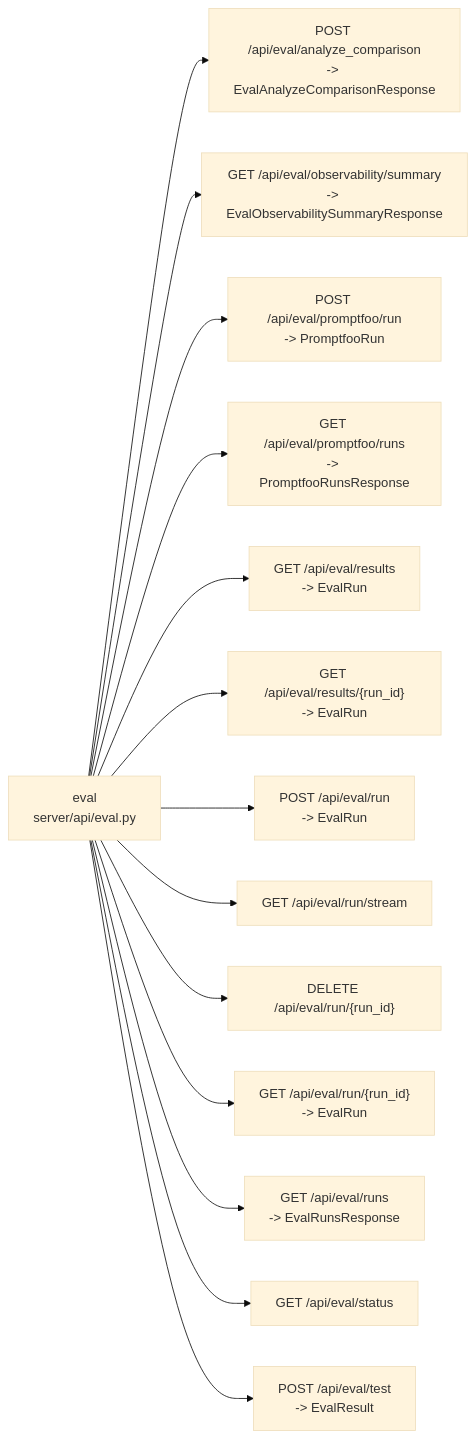
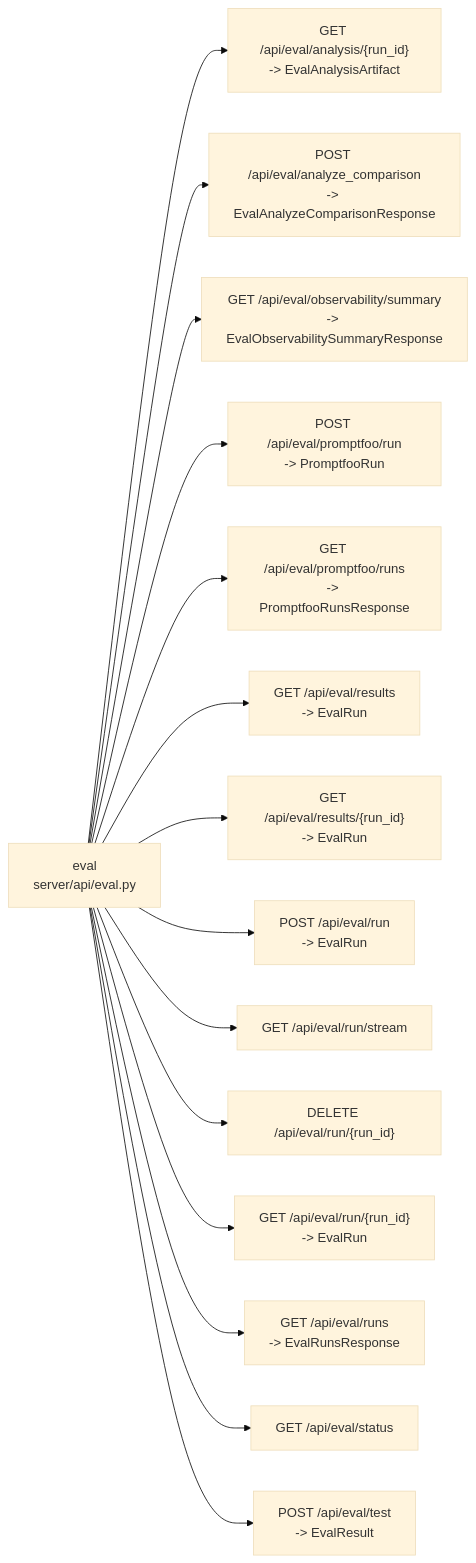
Before and after one commit to DMontgomery40/ragweld: diagram 11 of 25 in mkdocs/docs/reference/architecture/api-surface.md, drawn with Mermaid (base theme). The commit also changed other lines of this file and 13 other files, not shown here.

````diff
--- a/mkdocs/docs/reference/architecture/api-surface.md
+++ b/mkdocs/docs/reference/architecture/api-surface.md
@@ -325,30 +325,32 @@
 ```mermaid
 flowchart LR
     n_eval["eval\nserver/api/eval.py"]
-    n_eval_0["POST /api/eval/analyze_comparison\n-> EvalAnalyzeComparisonResponse"]
+    n_eval_0["GET /api/eval/analysis/{run_id}\n-> EvalAnalysisArtifact"]
     n_eval --> n_eval_0
-    n_eval_1["GET /api/eval/observability/summary\n-> EvalObservabilitySummaryResponse"]
+    n_eval_1["POST /api/eval/analyze_comparison\n-> EvalAnalyzeComparisonResponse"]
     n_eval --> n_eval_1
-    n_eval_2["POST /api/eval/promptfoo/run\n-> PromptfooRun"]
+    n_eval_2["GET /api/eval/observability/summary\n-> EvalObservabilitySummaryResponse"]
     n_eval --> n_eval_2
-    n_eval_3["GET /api/eval/promptfoo/runs\n-> PromptfooRunsResponse"]
+    n_eval_3["POST /api/eval/promptfoo/run\n-> PromptfooRun"]
     n_eval --> n_eval_3
-    n_eval_4["GET /api/eval/results\n-> EvalRun"]
+    n_eval_4["GET /api/eval/promptfoo/runs\n-> PromptfooRunsResponse"]
     n_eval --> n_eval_4
-    n_eval_5["GET /api/eval/results/{run_id}\n-> EvalRun"]
+    n_eval_5["GET /api/eval/results\n-> EvalRun"]
     n_eval --> n_eval_5
-    n_eval_6["POST /api/eval/run\n-> EvalRun"]
+    n_eval_6["GET /api/eval/results/{run_id}\n-> EvalRun"]
     n_eval --> n_eval_6
-    n_eval_7["GET /api/eval/run/stream"]
+    n_eval_7["POST /api/eval/run\n-> EvalRun"]
     n_eval --> n_eval_7
-    n_eval_8["DELETE /api/eval/run/{run_id}"]
+    n_eval_8["GET /api/eval/run/stream"]
     n_eval --> n_eval_8
-    n_eval_9["GET /api/eval/run/{run_id}\n-> EvalRun"]
+    n_eval_9["DELETE /api/eval/run/{run_id}"]
     n_eval --> n_eval_9
-    n_eval_10["GET /api/eval/runs\n-> EvalRunsResponse"]
+    n_eval_10["GET /api/eval/run/{run_id}\n-> EvalRun"]
     n_eval --> n_eval_10
-    n_eval_11["GET /api/eval/status"]
+    n_eval_11["GET /api/eval/runs\n-> EvalRunsResponse"]
     n_eval --> n_eval_11
-    n_eval_12["POST /api/eval/test\n-> EvalResult"]
+    n_eval_12["GET /api/eval/status"]
     n_eval --> n_eval_12
+    n_eval_13["POST /api/eval/test\n-> EvalResult"]
+    n_eval --> n_eval_13
 ```
````
